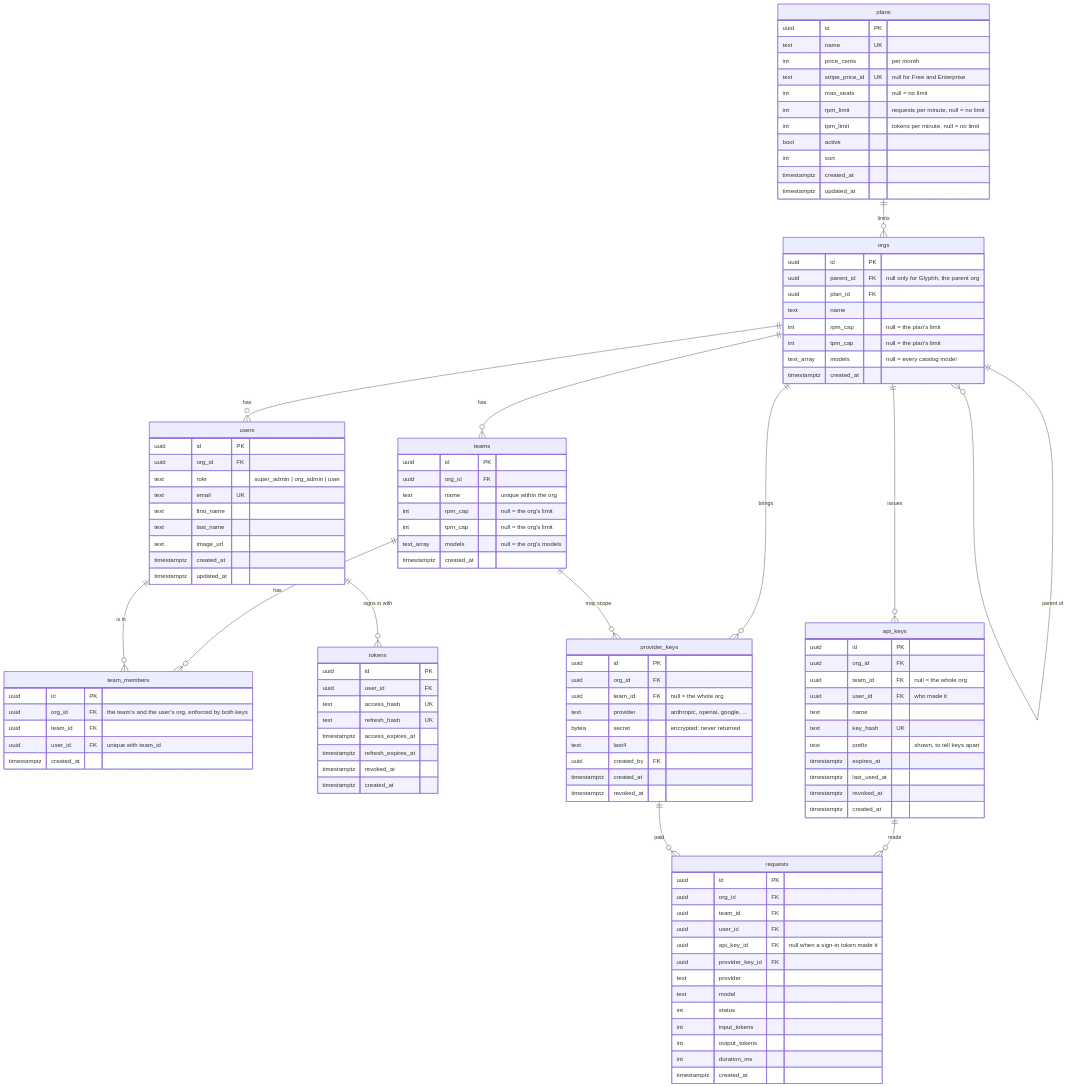
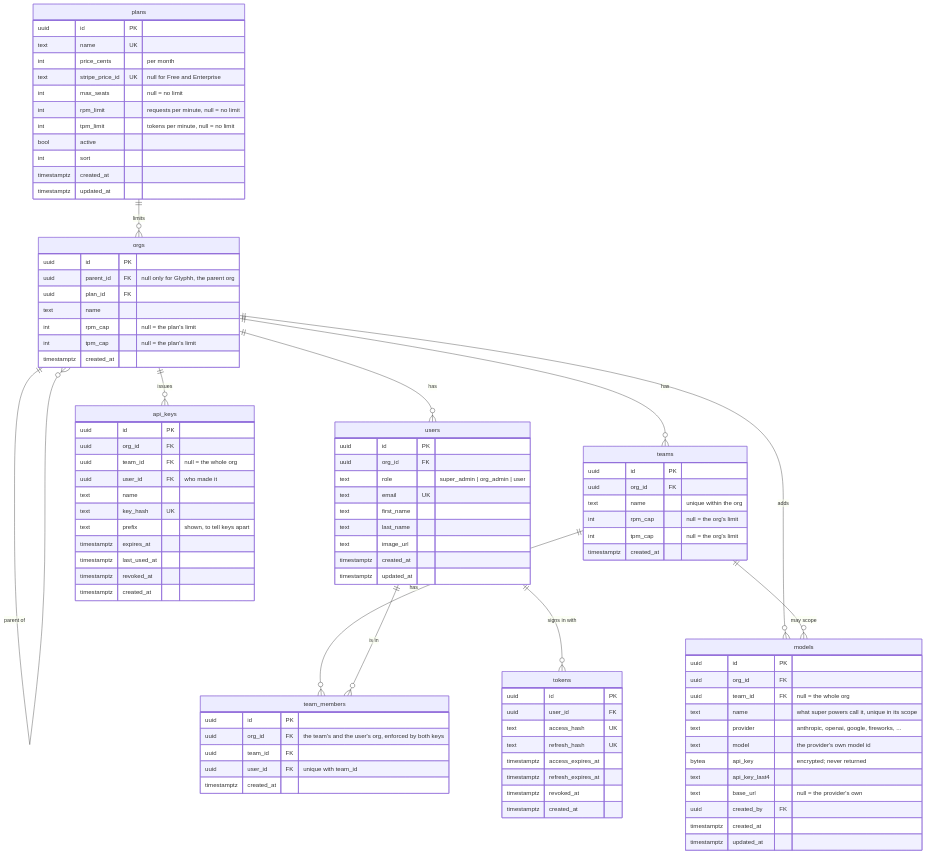
The diagram in docs/data-model.md (glyphh-ai/server), drawn with Mermaid before and after one commit. The commit also changed other lines of this file and 1 other file, not shown here.

Commit message:
Not a gateway: models are a provider, a model id and a key; the runtime calls the provider
The gateway is gone from the design. An org (or a team) adds models: a
provider, the provider's model id, an API key (encrypted, never returned)
and an optional base URL. Super powers name a model; rrotor calls the
provider directly with its key. Glyphh stores the setup and never routes,
meters, limits or pays for a model call, so model access lists and the
request log are gone too. The plan's rpm and tpm limits are flagged as
undecided now that there is nothing for them to count.

```diff
--- a/docs/data-model.md
+++ b/docs/data-model.md
@@ -11,11 +11,9 @@
     teams ||--o{ team_members : "has"
     users ||--o{ team_members : "is in"
     users ||--o{ tokens : "signs in with"
-    orgs ||--o{ provider_keys : "brings"
-    teams ||--o{ provider_keys : "may scope"
+    orgs ||--o{ models : "adds"
+    teams ||--o{ models : "may scope"
     orgs ||--o{ api_keys : "issues"
-    api_keys ||--o{ requests : "made"
-    provider_keys ||--o{ requests : "paid"
 
     plans {
         uuid id PK
@@ -38,7 +36,6 @@
         text name
         int rpm_cap "null = the plan's limit"
         int tpm_cap "null = the plan's limit"
-        text_array models "null = every catalog model"
         timestamptz created_at
     }
 
@@ -60,7 +57,6 @@
         text name "unique within the org"
         int rpm_cap "null = the org's limit"
         int tpm_cap "null = the org's limit"
-        text_array models "null = the org's models"
         timestamptz created_at
     }
 
@@ -72,16 +68,19 @@
         timestamptz created_at
     }
 
-    provider_keys {
+    models {
         uuid id PK
         uuid org_id FK
         uuid team_id FK "null = the whole org"
-        text provider "anthropic, openai, google, ..."
-        bytea secret "encrypted; never returned"
-        text last4
+        text name "what super powers call it, unique in its scope"
+        text provider "anthropic, openai, google, fireworks, ..."
+        text model "the provider's own model id"
+        bytea api_key "encrypted; never returned"
+        text api_key_last4
+        text base_url "null = the provider's own"
         uuid created_by FK
         timestamptz created_at
-        timestamptz revoked_at
+        timestamptz updated_at
     }
 
     api_keys {
@@ -98,22 +97,6 @@
         timestamptz created_at
     }
 
-    requests {
-        uuid id PK
-        uuid org_id FK
-        uuid team_id FK
-        uuid user_id FK
-        uuid api_key_id FK "null when a sign-in token made it"
-        uuid provider_key_id FK
-        text provider
-        text model
-        int status
-        int input_tokens
-        int output_tokens
-        int duration_ms
-        timestamptz created_at
-    }
-
     tokens {
         uuid id PK
         uuid user_id FK
```
